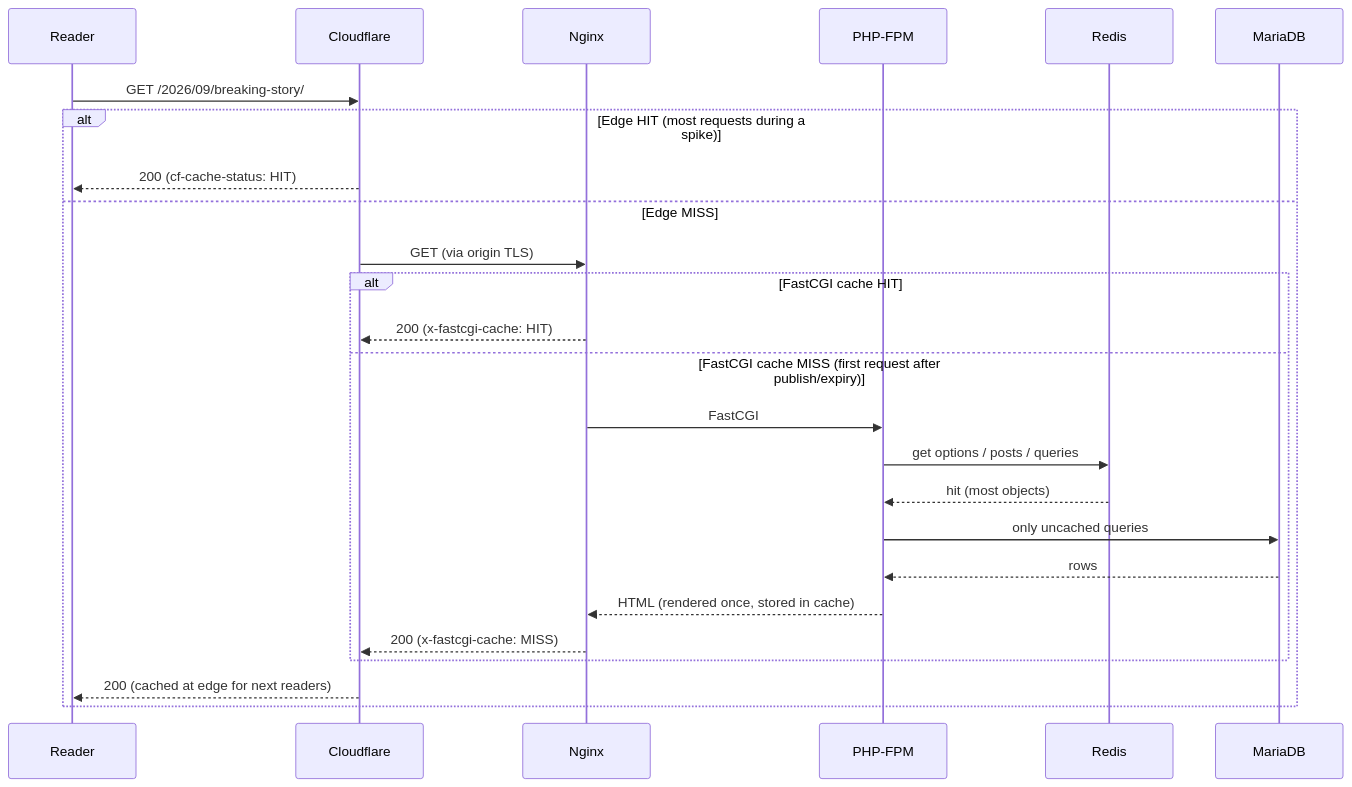
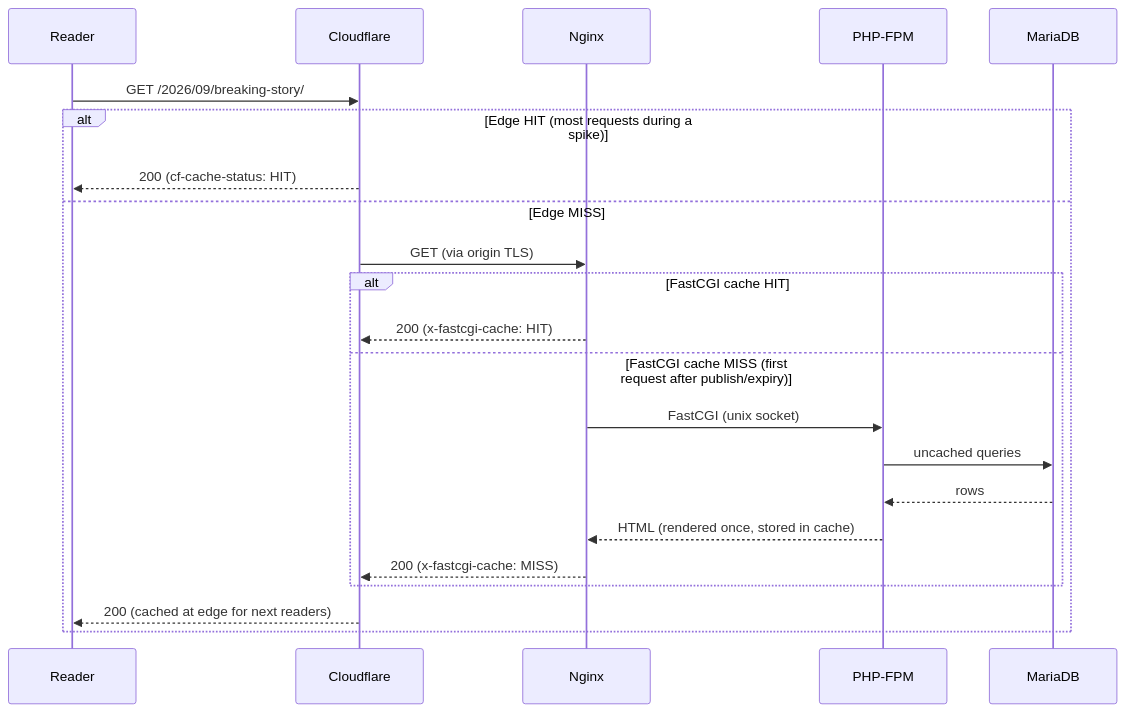
Before and after one commit to salimserdar/news-wp-architecture: the second of 2 diagrams in docs/02-architecture-overview.md, drawn with Mermaid. The commit also changed other lines of this file and 51 other files, not shown here.

````diff
--- a/docs/02-architecture-overview.md
+++ b/docs/02-architecture-overview.md
@@ -37,28 +35,25 @@
 ```mermaid
 sequenceDiagram
     participant U as Reader
     participant CF as Cloudflare
     participant NG as Nginx
     participant PHP as PHP-FPM
-    participant RD as Redis
     participant DB as MariaDB
 
     U->>CF: GET /2026/09/breaking-story/
     alt Edge HIT (most requests during a spike)
         CF-->>U: 200 (cf-cache-status: HIT)
     else Edge MISS
         CF->>NG: GET (via origin TLS)
         alt FastCGI cache HIT
             NG-->>CF: 200 (x-fastcgi-cache: HIT)
         else FastCGI cache MISS (first request after publish/expiry)
-            NG->>PHP: FastCGI
-            PHP->>RD: get options / posts / queries
-            RD-->>PHP: hit (most objects)
-            PHP->>DB: only uncached queries
+            NG->>PHP: FastCGI (unix socket)
+            PHP->>DB: uncached queries
             DB-->>PHP: rows
             PHP-->>NG: HTML (rendered once, stored in cache)
             NG-->>CF: 200 (x-fastcgi-cache: MISS)
         end
         CF-->>U: 200 (cached at edge for next readers)
     end
 ```
````
